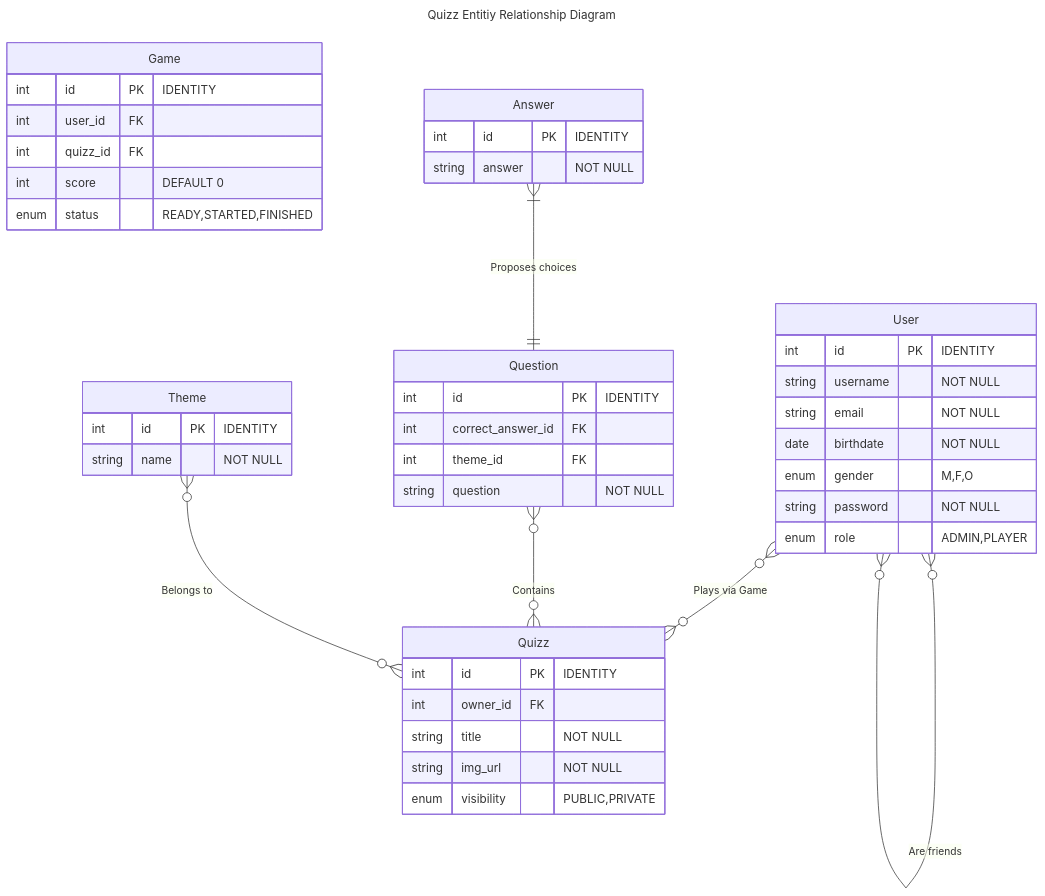
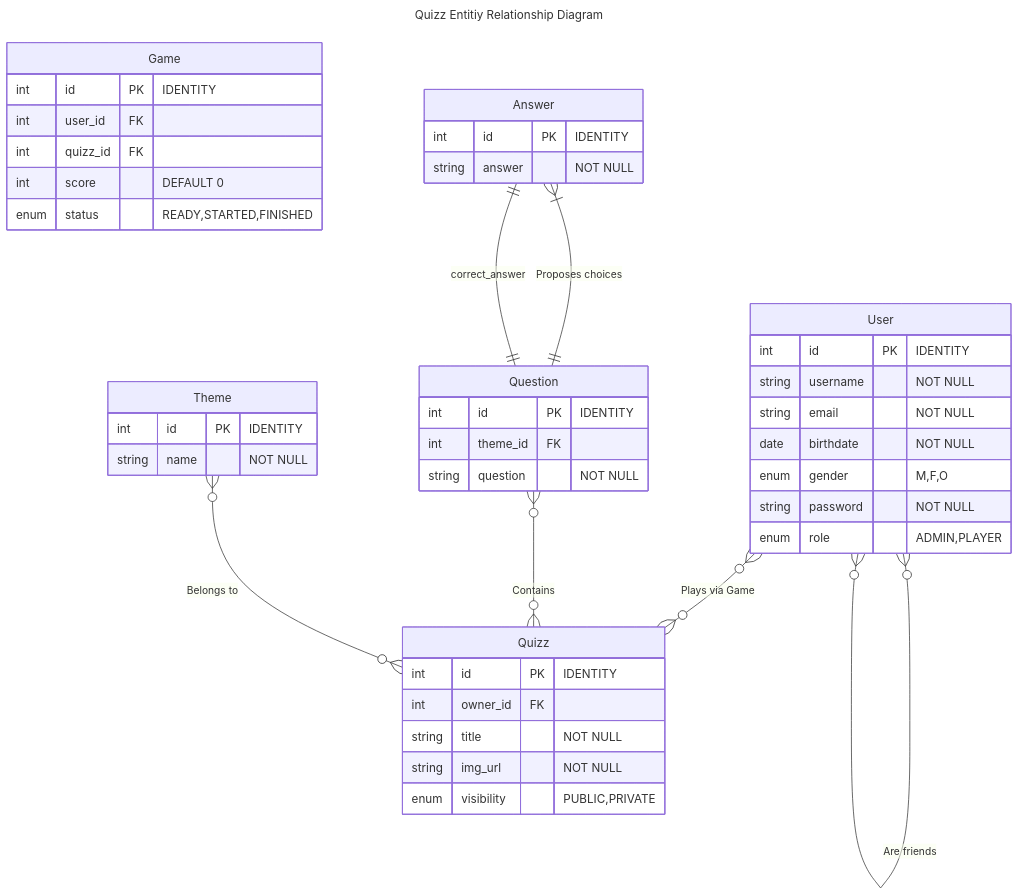
The diagram in README.md (efemero-formation-fullstack/quizz), drawn with Mermaid before and after one commit. The commit also changed 47 other files, not shown here.

````diff
--- a/README.md
+++ b/README.md
@@ -5,57 +5,57 @@
 ```mermaid
 ---
 title: Quizz Entitiy Relationship Diagram
 ---
 
 erDiagram
 	User {
 		int id PK "IDENTITY"
 		string username "NOT NULL"
 		string email "NOT NULL"
 		date birthdate "NOT NULL"
 		enum gender "M,F,O"
 		string password "NOT NULL"
 		enum role "ADMIN,PLAYER"
 	}
 
     Quizz {
 		int id PK "IDENTITY"
         int owner_id FK
         string title "NOT NULL"
         string img_url "NOT NULL"
         enum visibility "PUBLIC,PRIVATE"
     }
 
 
     Game {
 		int id PK "IDENTITY"
         int user_id FK
         int quizz_id FK
         int score "DEFAULT 0"
         enum status "READY,STARTED,FINISHED"
         
     }
 
     Question {
 		int id PK "IDENTITY"
-        int correct_answer_id FK
         int theme_id FK
         string question "NOT NULL"
     }
 
     Answer {
 		int id PK "IDENTITY"
         string answer "NOT NULL"
     }
 
     Theme {
 		int id PK "IDENTITY"
         string name "NOT NULL"
     }
 
 	User }o--o{ Quizz : "Plays via Game"
 	User }o--o{ User : "Are friends"
 	Question }o--o{ Quizz : "Contains"
 	Theme }o--o{ Quizz : "Belongs to"
 	Answer }|--|| Question : "Proposes choices"
+	Answer ||--|| Question : "correct_answer"
 ```
````
